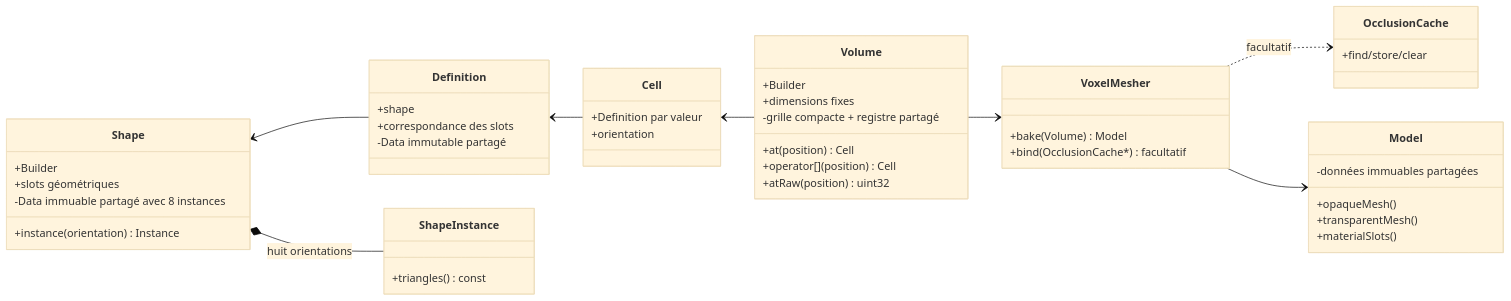
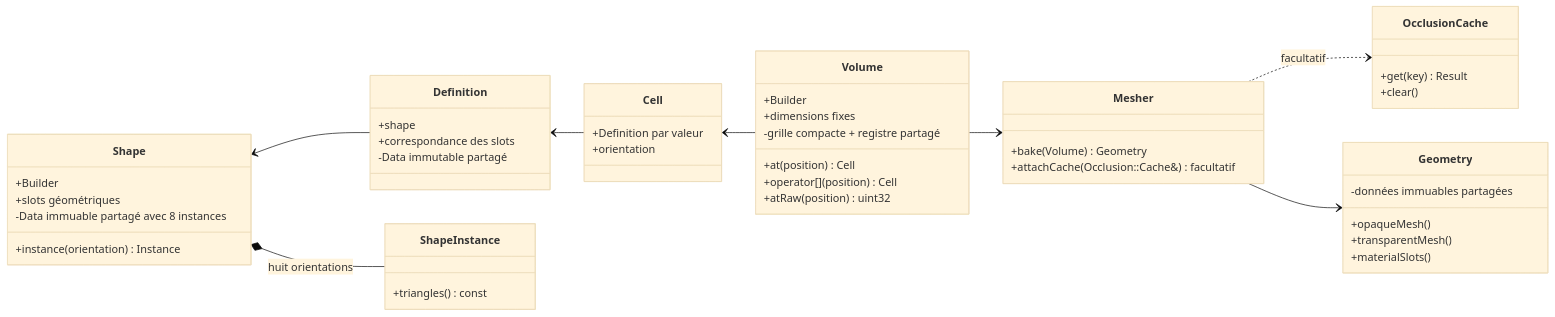
The diagram in docs/voxel-engine-v0.1.4/02-modele-voxel.md (EreliaStudio/Sparkle), drawn with Mermaid (base theme) before and after one commit. The commit also changed 5 other files, not shown here.

Commit message:
docs: align voxel and Model3D architecture with merged PR01-08

````diff
--- a/docs/voxel-engine-v0.1.4/02-modele-voxel.md
+++ b/docs/voxel-engine-v0.1.4/02-modele-voxel.md
@@ -7,50 +7,51 @@
 ```mermaid
 classDiagram
   direction LR
   class Shape {
     +Builder
     +slots géométriques
     +instance(orientation) Instance
     -Data immuable partagé avec 8 instances
   }
   class Definition {
     +shape
     +correspondance des slots
     -Data immutable partagé
   }
   class Cell {
     +Definition par valeur
     +orientation
   }
   class Volume {
     +Builder
     +dimensions fixes
     +at(position) Cell
     +operator[](position) Cell
     +atRaw(position) uint32
     -grille compacte + registre partagé
   }
-  class Model {
+  class Geometry {
     +opaqueMesh()
     +transparentMesh()
     +materialSlots()
     -données immuables partagées
   }
   class ShapeInstance {
     +triangles() const
   }
   class OcclusionCache {
-    +find/store/clear
+    +get(key) Result
+    +clear()
   }
-  class VoxelMesher {
-    +bake(Volume) Model
-    +bind(OcclusionCache*) facultatif
+  class Mesher {
+    +bake(Volume) Geometry
+    +attachCache(Occlusion::Cache&) facultatif
   }
   Shape <-- Definition
   Definition <-- Cell
   Cell <-- Volume
   Shape *-- ShapeInstance : huit orientations
-  VoxelMesher ..> OcclusionCache : facultatif
-  Volume --> VoxelMesher
-  VoxelMesher --> Model
+  Mesher ..> OcclusionCache : facultatif
+  Volume --> Mesher
+  Mesher --> Geometry
 ```
````
